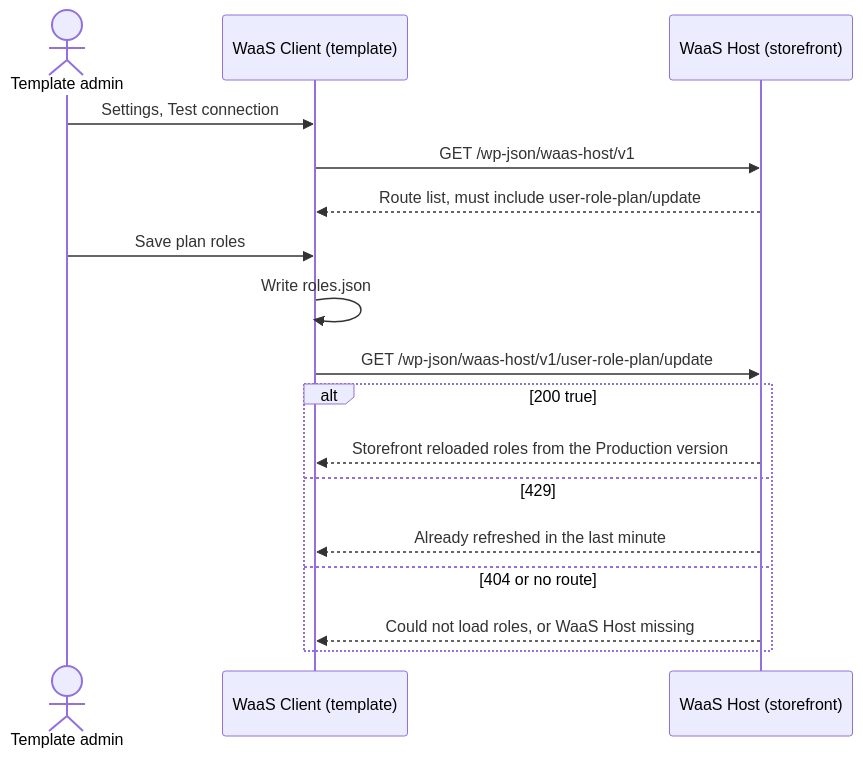
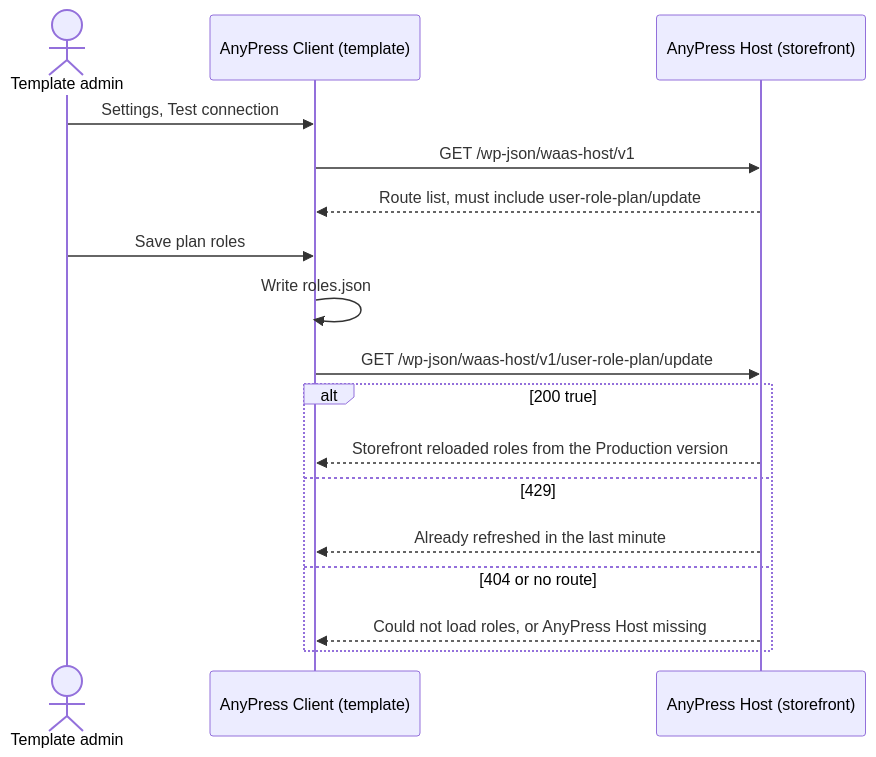
Before and after one commit to hamchowderr/waas-plugins: the fourth of 4 diagrams in docs/architecture/waas-client.md, drawn with Mermaid. The commit also changed other lines of this file and 74 other files, not shown here.

First line of the commit message:
AnyPress Host 2.11.0, AnyPress Client 2.13.0, AnyPress Payments 0.2.0-beta.3: AnyPress names (waas-api-x4a)

````diff
--- a/docs/architecture/waas-client.md
+++ b/docs/architecture/waas-client.md
@@ -94,20 +98,20 @@
 ```mermaid
 sequenceDiagram
   actor A as Template admin
-  participant CL as WaaS Client (template)
-  participant H as WaaS Host (storefront)
+  participant CL as AnyPress Client (template)
+  participant H as AnyPress Host (storefront)
 
   A->>CL: Settings, Test connection
   CL->>H: GET /wp-json/waas-host/v1
   H-->>CL: Route list, must include user-role-plan/update
   A->>CL: Save plan roles
   CL->>CL: Write roles.json
   CL->>H: GET /wp-json/waas-host/v1/user-role-plan/update
   alt 200 true
     H-->>CL: Storefront reloaded roles from the Production version
   else 429
     H-->>CL: Already refreshed in the last minute
   else 404 or no route
-    H-->>CL: Could not load roles, or WaaS Host missing
+    H-->>CL: Could not load roles, or AnyPress Host missing
   end
 ```
````
